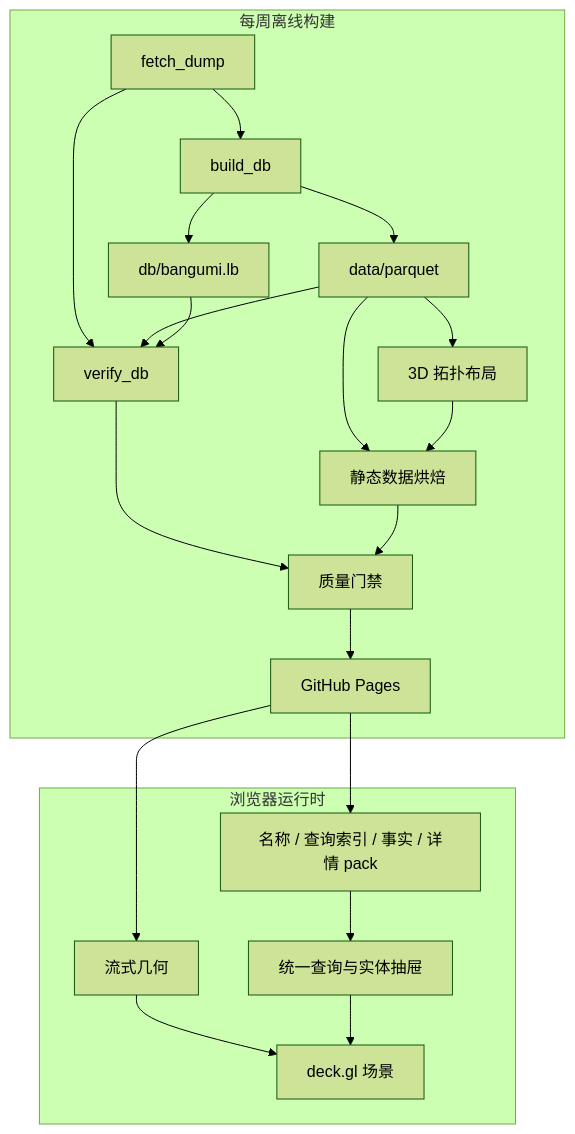
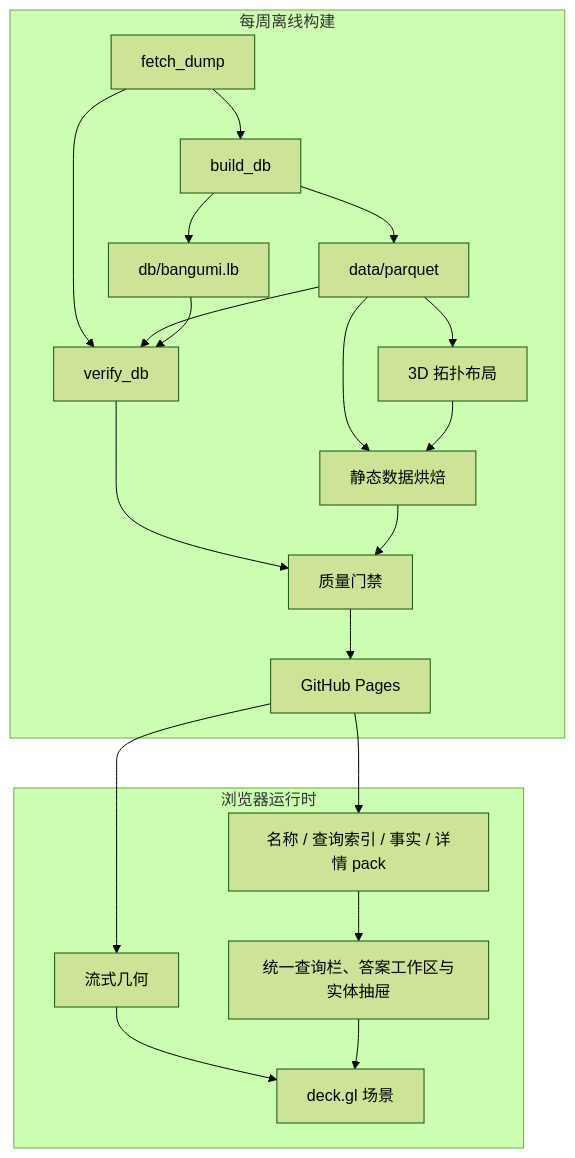
One commit to vauxe/bangumi-atlas changed the diagram in docs/EXPLORER_ARCHITECTURE.md. Above: the diagram before and after it, drawn with Mermaid (forest theme). The commit also changed other lines of this file and 34 other files, not shown here.

````diff
--- a/docs/EXPLORER_ARCHITECTURE.md
+++ b/docs/EXPLORER_ARCHITECTURE.md
@@ -37,26 +37,26 @@
 ```mermaid
 flowchart TB
     subgraph Weekly[每周离线构建]
         A[fetch_dump] --> B[build_db]
         B --> P[data/parquet]
         B --> C[db/bangumi.lb]
         A --> D[verify_db]
         P --> D
         C --> D
         P --> E[3D 拓扑布局]
         P --> F[静态数据烘焙]
         E --> F
         D --> Q[质量门禁]
         F --> Q
         Q --> G[GitHub Pages]
     end
 
     subgraph Browser[浏览器运行时]
         H[流式几何] --> I[deck.gl 场景]
-        J[名称 / 查询索引 / 事实 / 详情 pack] --> K[统一查询与实体抽屉]
+        J[名称 / 查询索引 / 事实 / 详情 pack] --> K[统一查询栏、答案工作区与实体抽屉]
         K --> I
     end
 
     G --> H
     G --> J
 ```
````
